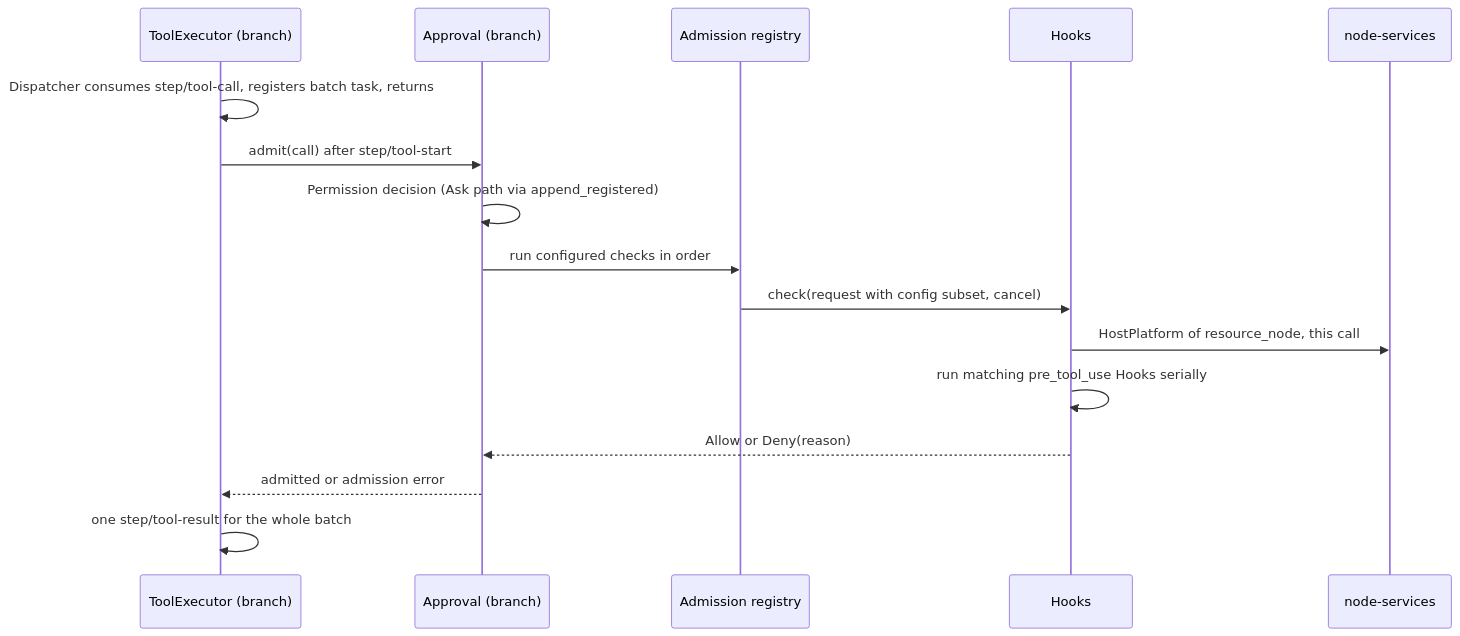
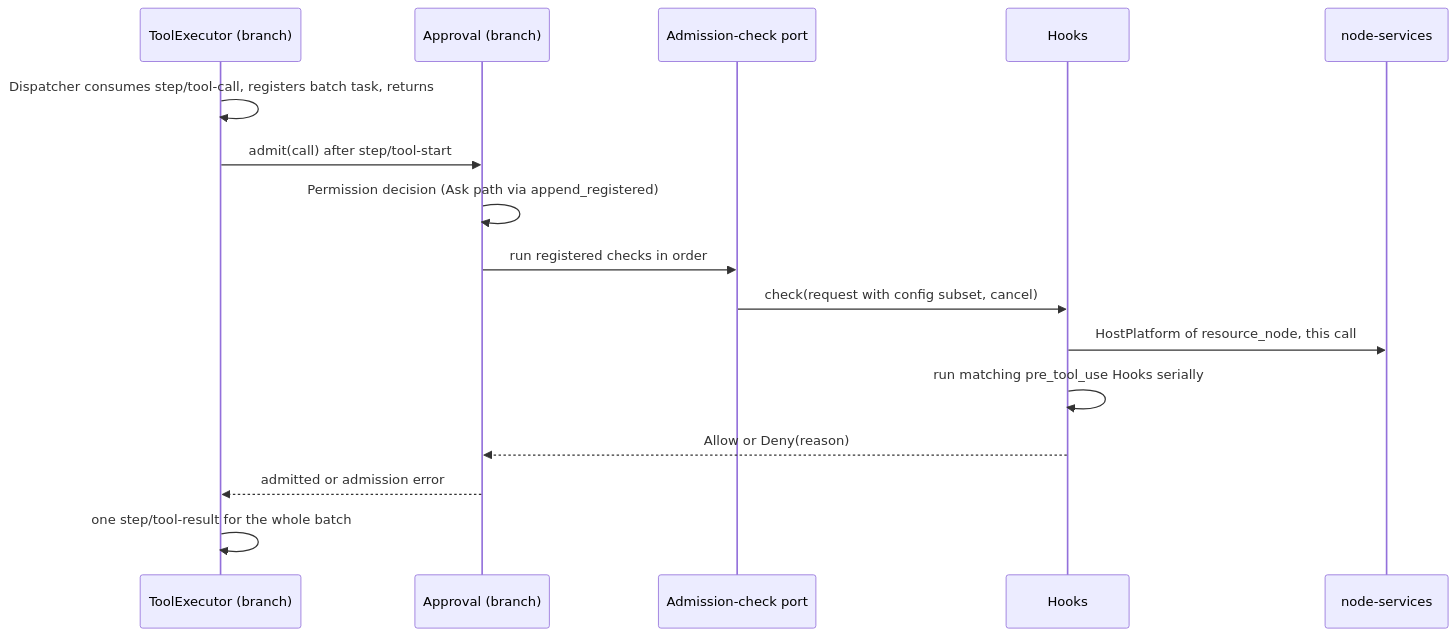
One commit to CoutinhoTTS/dim-agent changed the third of 6 diagrams in docs/design/plugins/Hooks.md. Above: the diagram before and after it, drawn with Mermaid. The commit also changed other lines of this file and 3 other files, not shown here.

````diff
--- a/docs/design/plugins/Hooks.md
+++ b/docs/design/plugins/Hooks.md
@@ -77,18 +77,18 @@
 ```mermaid
 sequenceDiagram
   participant TE as ToolExecutor (branch)
   participant AP as Approval (branch)
-  participant REG as Admission registry
+  participant REG as Admission-check port
   participant HK as Hooks
   participant RES as node-services
   TE->>TE: Dispatcher consumes step/tool-call, registers batch task, returns
   TE->>AP: admit(call) after step/tool-start
   AP->>AP: Permission decision (Ask path via append_registered)
-  AP->>REG: run configured checks in order
+  AP->>REG: run registered checks in order
   REG->>HK: check(request with config subset, cancel)
   HK->>RES: HostPlatform of resource_node, this call
   HK->>HK: run matching pre_tool_use Hooks serially
   HK-->>AP: Allow or Deny(reason)
   AP-->>TE: admitted or admission error
   TE->>TE: one step/tool-result for the whole batch
 ```
````
